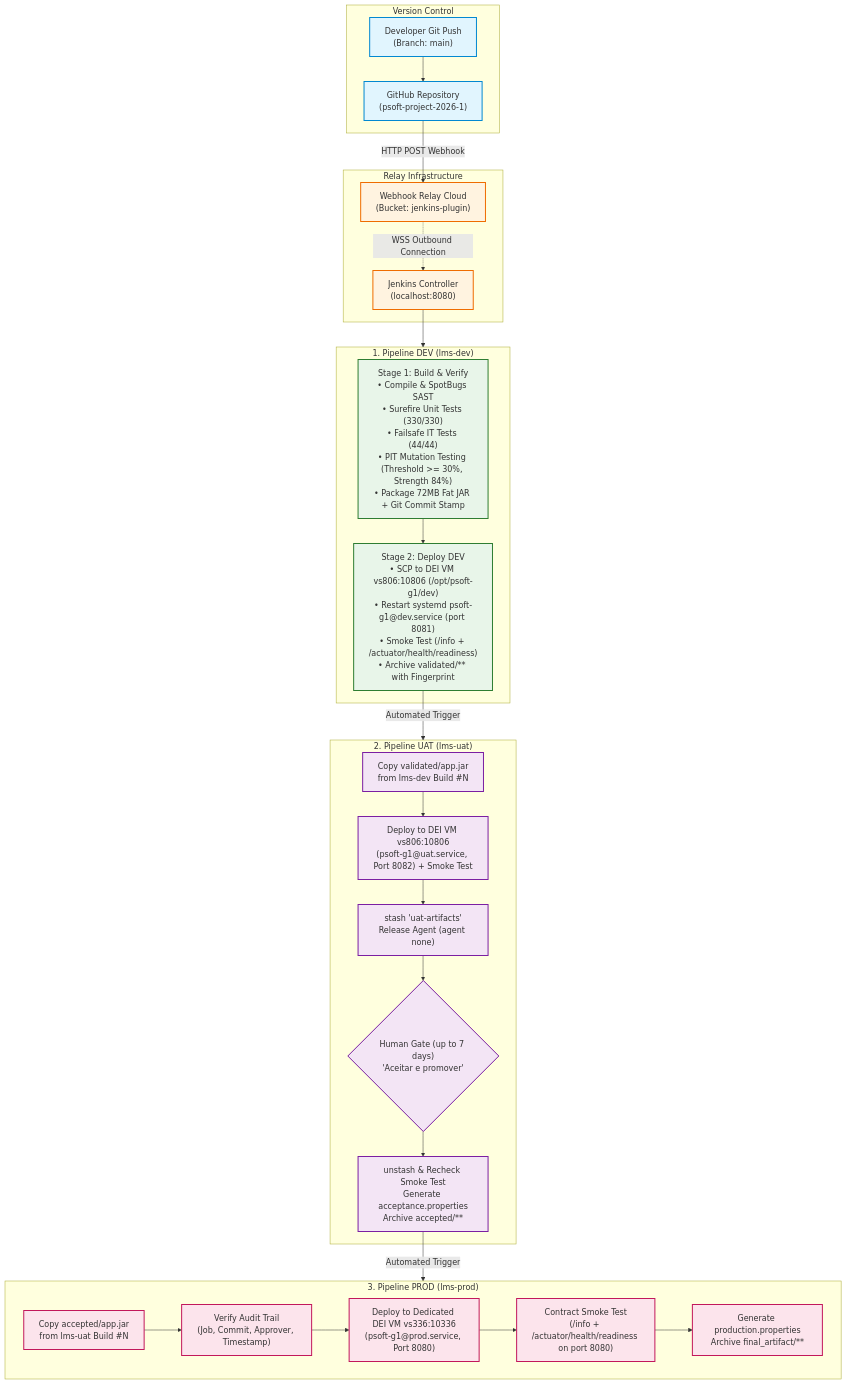
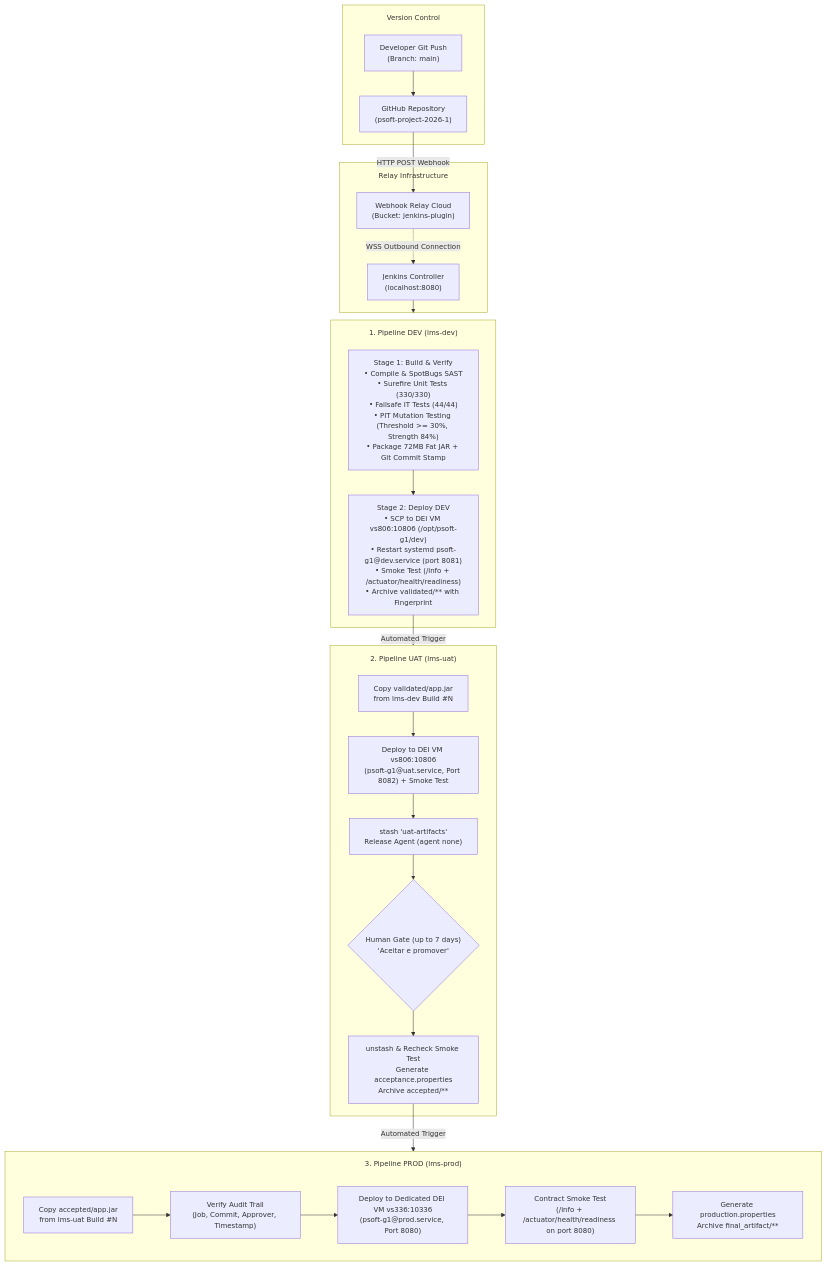
The diagram in Docs/ODSOFT/system-to-be/system-to-be.md (RafaelBrandao04/psoft-project-2026-1), drawn with Mermaid before and after one commit. The commit also changed other lines of this file and 6 other files, not shown here.

````diff
--- a/Docs/ODSOFT/system-to-be/system-to-be.md
+++ b/Docs/ODSOFT/system-to-be/system-to-be.md
@@ -24,53 +24,42 @@
 ```mermaid
+%%{init: {'themeVariables': { 'fontSize': '14px' }, 'flowchart': { 'subGraphTitleMargin': { 'top': 15, 'bottom': 20 } } } }%%
 flowchart TD
     subgraph SCM["Version Control"]
         DEV_PUSH["Developer Git Push<br/>(Branch: main)"] --> GITHUB["GitHub Repository<br/>(psoft-project-2026-1)"]
     end
 
     subgraph Tunnel["Relay Infrastructure"]
         GITHUB -->|HTTP POST Webhook| WHR["Webhook Relay Cloud<br/>(Bucket: jenkins-plugin)"]
         WHR -.->|WSS Outbound Connection| LOCAL_JENKINS["Jenkins Controller<br/>(localhost:8080)"]
     end
 
     subgraph JobDEV["1. Pipeline DEV (lms-dev)"]
         STAGE_BUILD["Stage 1: Build & Verify<br/>• Compile & SpotBugs SAST<br/>• Surefire Unit Tests (330/330)<br/>• Failsafe IT Tests (44/44)<br/>• PIT Mutation Testing (Threshold >= 30%, Strength 84%)<br/>• Package 72MB Fat JAR + Git Commit Stamp"]
         STAGE_DEV_DEPLOY["Stage 2: Deploy DEV<br/>• SCP to DEI VM vs806:10806 (/opt/psoft-g1/dev)<br/>• Restart systemd psoft-g1@dev.service (port 8081)<br/>• Smoke Test (/info + /actuator/health/readiness)<br/>• Archive validated/** with Fingerprint"]
         STAGE_BUILD --> STAGE_DEV_DEPLOY
     end
 
     subgraph JobUAT["2. Pipeline UAT (lms-uat)"]
         UAT_COPY["Copy validated/app.jar<br/>from lms-dev Build #N"]
         UAT_DEPLOY["Deploy to DEI VM vs806:10806<br/>(psoft-g1@uat.service, Port 8082) + Smoke Test"]
         UAT_STASH["stash 'uat-artifacts'<br/>Release Agent (agent none)"]
         UAT_INPUT{"Human Gate (up to 7 days)<br/>'Aceitar e promover'"}
         UAT_UNSTASH["unstash & Recheck Smoke Test<br/>Generate acceptance.properties<br/>Archive accepted/**"]
 
         UAT_COPY --> UAT_DEPLOY --> UAT_STASH --> UAT_INPUT --> UAT_UNSTASH
     end
 
     subgraph JobPROD["3. Pipeline PROD (lms-prod)"]
         PROD_COPY["Copy accepted/app.jar<br/>from lms-uat Build #N"]
         PROD_AUDIT["Verify Audit Trail<br/>(Job, Commit, Approver, Timestamp)"]
         PROD_DEPLOY["Deploy to Dedicated DEI VM vs336:10336<br/>(psoft-g1@prod.service, Port 8080)"]
         PROD_SMOKE["Contract Smoke Test<br/>(/info + /actuator/health/readiness on port 8080)"]
         PROD_FINAL["Generate production.properties<br/>Archive final_artifact/**"]
 
         PROD_COPY --> PROD_AUDIT --> PROD_DEPLOY --> PROD_SMOKE --> PROD_FINAL
     end
 
     LOCAL_JENKINS --> JobDEV
     STAGE_DEV_DEPLOY -->|Automated Trigger| JobUAT
     UAT_UNSTASH -->|Automated Trigger| JobPROD
-
-    classDef scmStyle fill:#e1f5fe,stroke:#0288d1,stroke-width:2px;
-    classDef tunnelStyle fill:#fff3e0,stroke:#ef6c00,stroke-width:2px;
-    classDef devStyle fill:#e8f5e9,stroke:#2e7d32,stroke-width:2px;
-    classDef uatStyle fill:#f3e5f5,stroke:#7b1fa2,stroke-width:2px;
-    classDef prodStyle fill:#fce4ec,stroke:#c2185b,stroke-width:2px;
-
-    class DEV_PUSH,GITHUB scmStyle;
-    class WHR,LOCAL_JENKINS tunnelStyle;
-    class STAGE_BUILD,STAGE_DEV_DEPLOY devStyle;
-    class UAT_COPY,UAT_DEPLOY,UAT_STASH,UAT_INPUT,UAT_UNSTASH uatStyle;
-    class PROD_COPY,PROD_AUDIT,PROD_DEPLOY,PROD_SMOKE,PROD_FINAL prodStyle;
 ```
````
